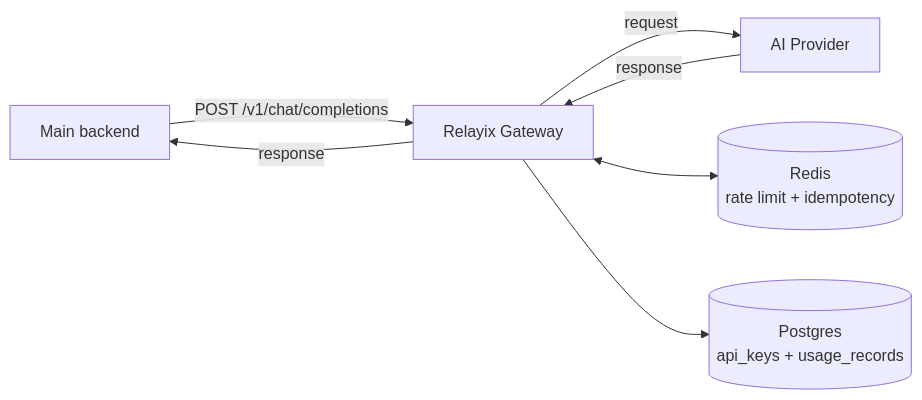
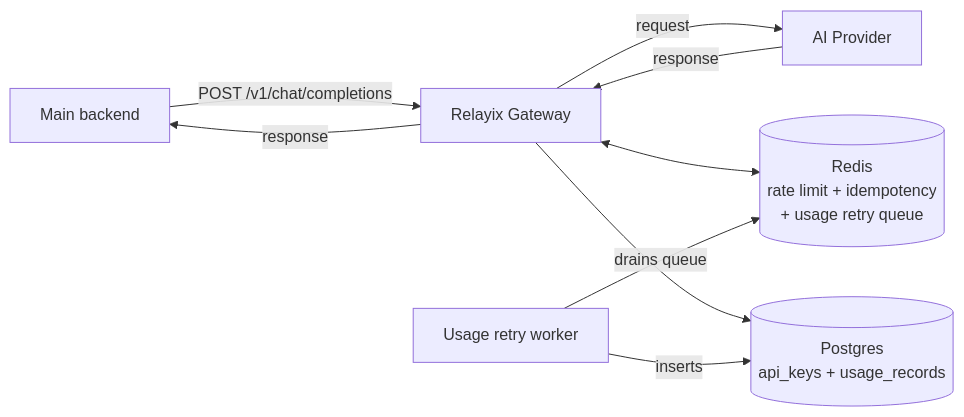
The first of 4 diagrams in docs/system_flow.md (MaximoBerth0/Relayix), drawn with Mermaid before and after one commit. The commit also changed other lines of this file and 29 other files, not shown here.

Commit message:
[usage] add retry worker in ECS | add redis replication | fix idempotency in long streaming

````diff
--- a/docs/system_flow.md
+++ b/docs/system_flow.md
@@ -9,9 +10,11 @@
 ```mermaid
 flowchart LR
     A[Main backend] -- "POST /v1/chat/completions" --> B[Relayix Gateway]
     B -- response --> A
     B -- request --> G[AI Provider]
     G -- response --> B
-    B <--> R[("Redis<br/>rate limit + idempotency")]
+    B <--> R[("Redis<br/>rate limit + idempotency<br/>+ usage retry queue")]
     B --> D[("Postgres<br/>api_keys + usage_records")]
+    W[Usage retry worker] -- drains queue --> R
+    W -- inserts --> D
 ```
````
